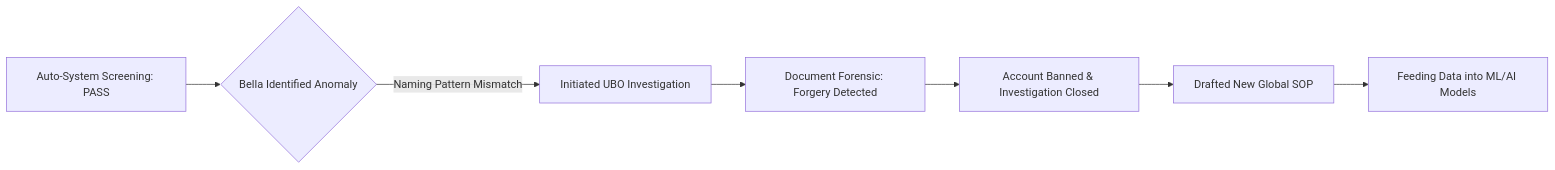
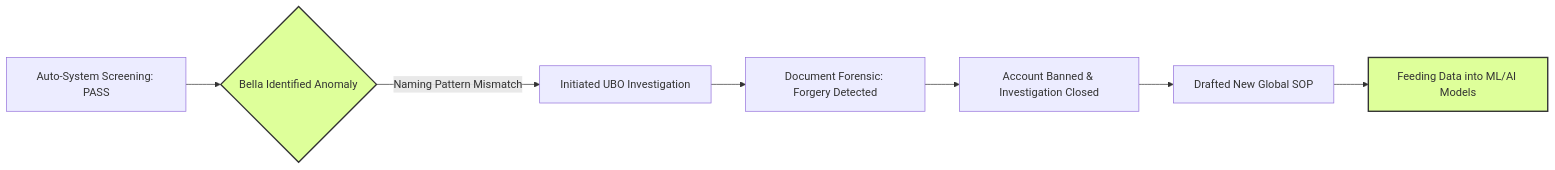
The diagram in README.md (bellachang0106/amazon-fincrime-investigation-case-study), drawn with Mermaid before and after one commit.

````diff
--- a/README.md
+++ b/README.md
@@ -3,9 +3,13 @@
 ```mermaid
 graph LR
     A[Auto-System Screening: PASS] --> B{Bella Identified Anomaly}
     B -- Naming Pattern Mismatch --> C[Initiated UBO Investigation]
     C --> D[Document Forensic: Forgery Detected]
     D --> E[Account Banned & Investigation Closed]
     E --> F[Drafted New Global SOP]
     F --> G[Feeding Data into ML/AI Models]
+
+    
+    style B fill:#deff9a,stroke:#333,stroke-width:2px
+    style G fill:#deff9a,stroke:#333,stroke-width:2px
 ```
````
